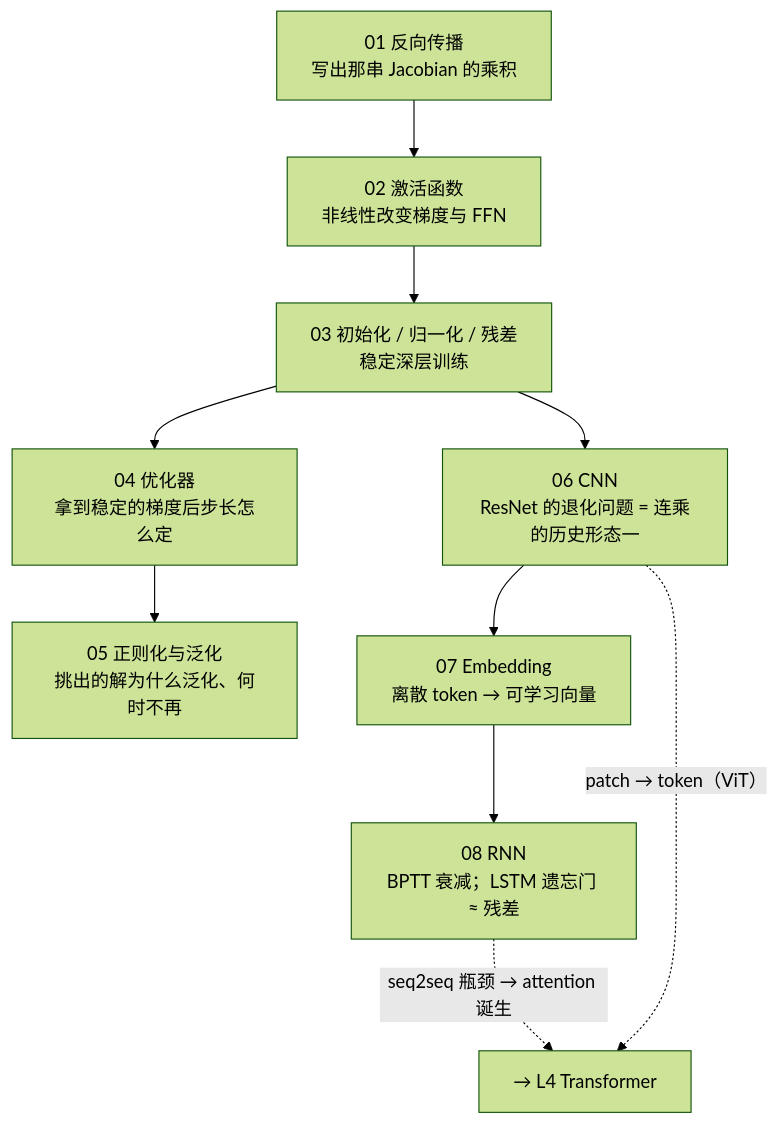
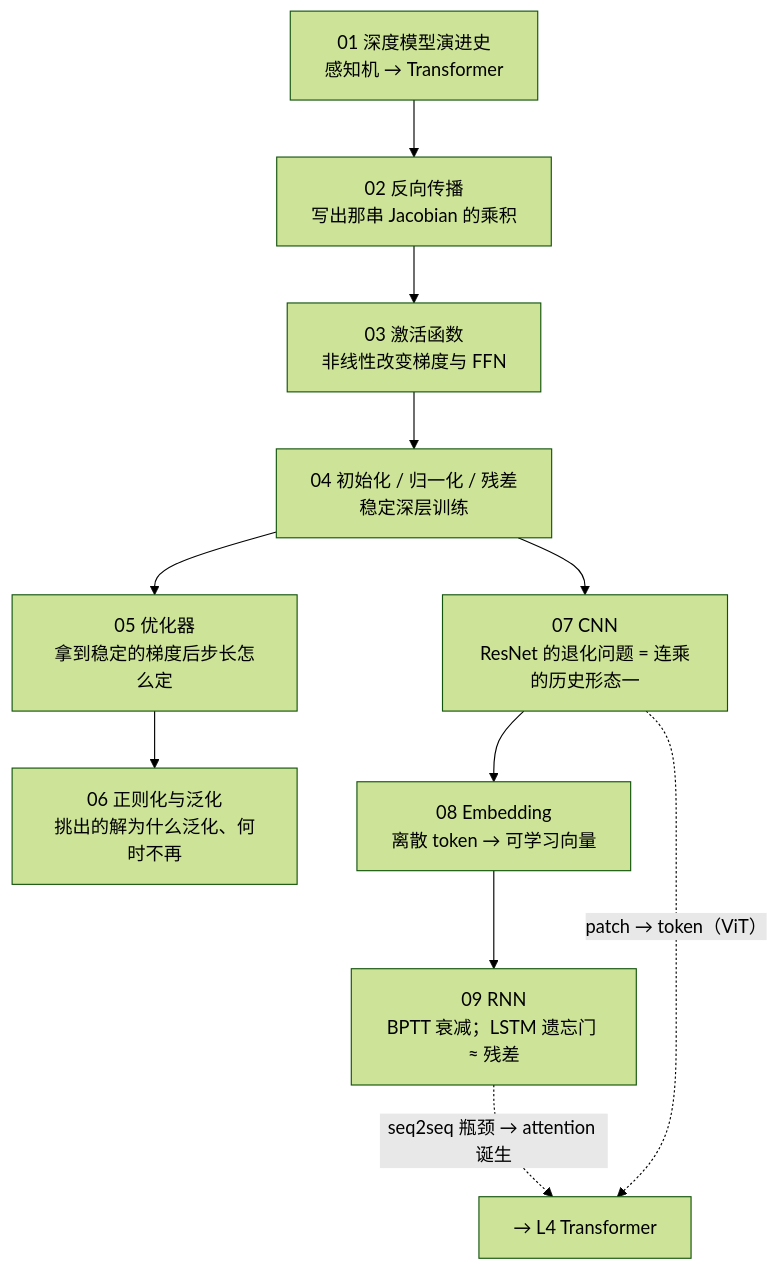
One commit to arganzheng/arganzheng.github.com changed the first of 2 diagrams in slides/2026-03-29-deep-learning-foundations.md. Above: the diagram before and after it, drawn with Mermaid (forest theme). The commit also changed other lines of this file and 21 other files, not shown here.

````diff
--- a/slides/2026-03-29-deep-learning-foundations.md
+++ b/slides/2026-03-29-deep-learning-foundations.md
@@ -30,13 +30,14 @@
 ```mermaid
 %%{init: {"flowchart": {"wrappingWidth": 190}}}%%
 flowchart TB
-    D1["01 反向传播<br/>写出那串 Jacobian 的乘积"] --> D2["02 激活函数<br/>非线性改变梯度与 FFN"]
-    D2 --> D3["03 初始化 / 归一化 / 残差<br/>稳定深层训练"]
-    D3 --> D4["04 优化器<br/>拿到稳定的梯度后步长怎么定"]
-    D4 --> D5["05 正则化与泛化<br/>挑出的解为什么泛化、何时不再"]
-    D3 --> D6["06 CNN<br/>ResNet 的退化问题 = 连乘的历史形态一"]
-    D6 --> D7["07 Embedding<br/>离散 token → 可学习向量"]
-    D7 --> D8["08 RNN<br/>BPTT 衰减；LSTM 遗忘门 ≈ 残差"]
+    H["01 深度模型演进史<br/>感知机 → Transformer"] --> D1["02 反向传播<br/>写出那串 Jacobian 的乘积"]
+    D1 --> D2["03 激活函数<br/>非线性改变梯度与 FFN"]
+    D2 --> D3["04 初始化 / 归一化 / 残差<br/>稳定深层训练"]
+    D3 --> D4["05 优化器<br/>拿到稳定的梯度后步长怎么定"]
+    D4 --> D5["06 正则化与泛化<br/>挑出的解为什么泛化、何时不再"]
+    D3 --> D6["07 CNN<br/>ResNet 的退化问题 = 连乘的历史形态一"]
+    D6 --> D7["08 Embedding<br/>离散 token → 可学习向量"]
+    D7 --> D8["09 RNN<br/>BPTT 衰减；LSTM 遗忘门 ≈ 残差"]
     D8 -. "seq2seq 瓶颈 → attention 诞生" .-> T["→ L4 Transformer"]
     D6 -. "patch → token（ViT）" .-> T
 ```
````
